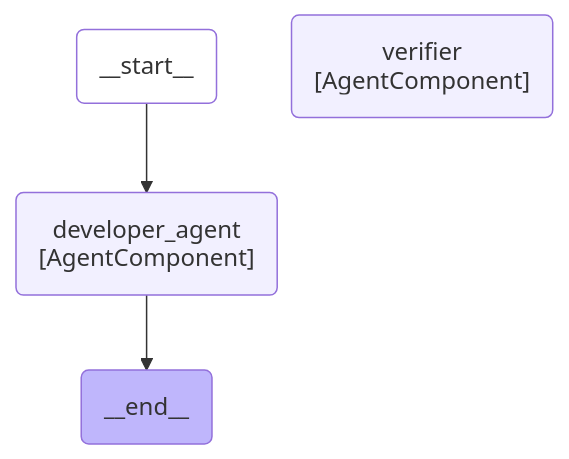
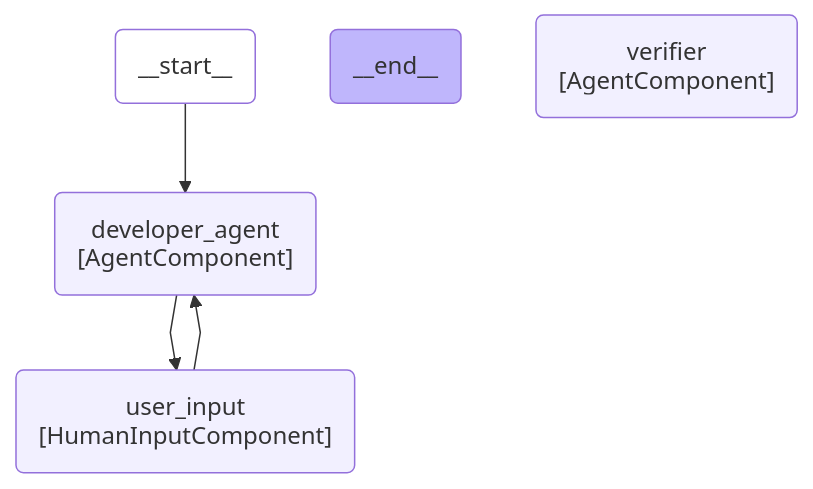
Before and after one commit to movax01h/ai-gateway: diagram 16 of 37 in docs/duo_workflow_service_graphs.md, drawn with Mermaid. The commit also changed 1 other file, not shown here.

Commit message:
fix(flow-registry): switch developer goal flow from ambient to chat environment

````diff
--- a/docs/duo_workflow_service_graphs.md
+++ b/docs/duo_workflow_service_graphs.md
@@ -458,17 +458,19 @@
 ```mermaid
 ---
 config:
     flowchart:
         curve: linear
 ---
 graph TD;
     __start__(__start__):::first;
     __end__(__end__):::last;
     __start__ --> developer_agent;
     developer_agent(developer_agent<br>#91;AgentComponent#93;);
     verifier(verifier<br>#91;AgentComponent#93;);
-    developer_agent --> __end__;
+    user_input(user_input<br>#91;HumanInputComponent#93;);
+    developer_agent --> user_input;
+    user_input --> developer_agent;
     classDef default fill:#f2f0ff,line-height:1.2;
     classDef first fill-opacity:0;
     classDef last fill:#bfb6fc;
 ```
````
